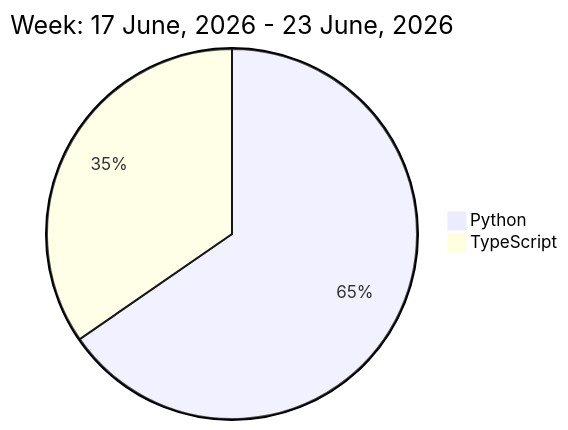
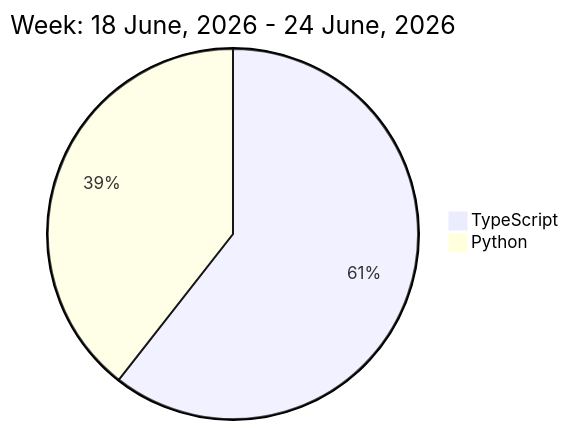
Before and after one commit to liubin95/liubin95: the diagram in README.md, drawn with Mermaid.

Commit message:
Updated the Graph with new Metrics

````diff
--- a/README.md
+++ b/README.md
@@ -32,6 +32,6 @@
 ```mermaid
  pie
-title Week: 17 June, 2026 - 23 June, 2026
- "Python" : 8.97
- "TypeScript" : 4.75
+title Week: 18 June, 2026 - 24 June, 2026
+ "TypeScript" : 9.25
+ "Python" : 6.02
 ```
````
